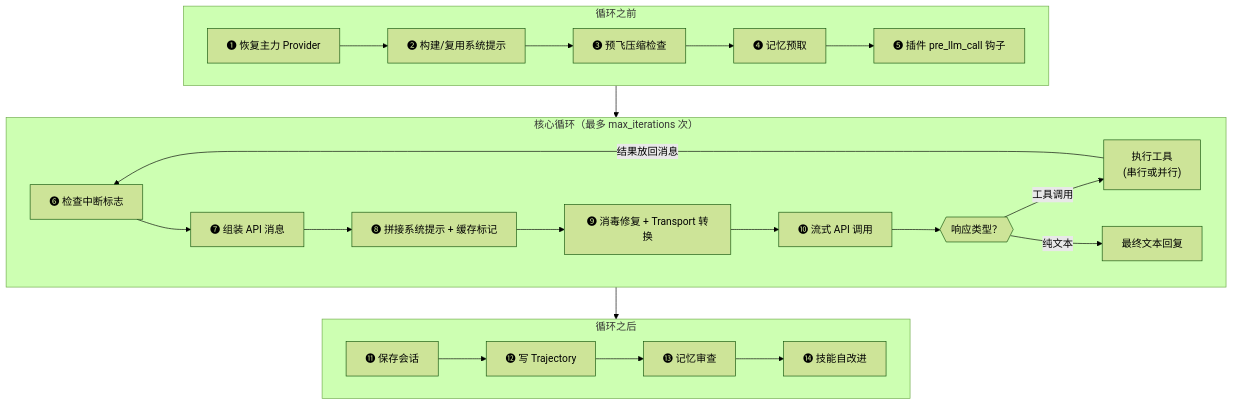
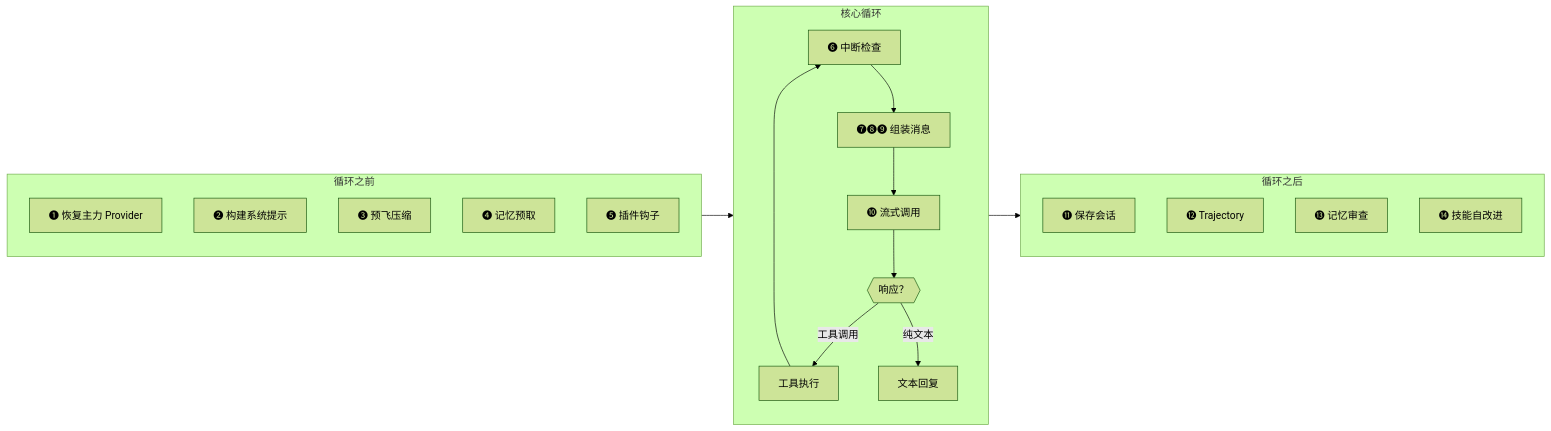
One commit to fang-lin/hermes-agent-code-analysis changed the third of 9 diagrams in docs/zh/02-Agent核心.md. Above: the diagram before and after it, drawn with Mermaid (forest theme). The commit also changed other lines of this file and 1 other file, not shown here.

Commit message:
第 02 章：生命周期图 layout 调整——改为 LR 横向布局，减少拥挤
- flowchart TD → LR，三阶段从左到右横排
- 每个 subgraph 内部 direction TB 纵向排列
- 核心循环内合并 ❼❽❾ 为一个节点减少层级
- 节点文字精简

````diff
--- a/docs/zh/02-Agent核心.md
+++ b/docs/zh/02-Agent核心.md
@@ -152,36 +152,34 @@
 ```mermaid
-flowchart TD
+flowchart LR
     subgraph BEFORE ["循环之前"]
+        direction TB
         B1["❶ 恢复主力 Provider"]
-        B2["❷ 构建/复用系统提示"]
-        B3["❸ 预飞压缩检查"]
+        B2["❷ 构建系统提示"]
+        B3["❸ 预飞压缩"]
         B4["❹ 记忆预取"]
-        B5["❺ 插件 pre_llm_call 钩子"]
-        B1 --> B2 --> B3 --> B4 --> B5
+        B5["❺ 插件钩子"]
     end
 
-    subgraph LOOP ["核心循环（最多 max_iterations 次）"]
-        L1["❻ 检查中断标志"]
-        L2["❼ 组装 API 消息"]
-        L3["❽ 拼接系统提示 + 缓存标记"]
-        L4["❾ 消毒修复 + Transport 转换"]
-        L5["❿ 流式 API 调用"]
-        L6{{"响应类型？"}}
-        L7["执行工具<br/>#40;串行或并行#41;"]
-        L8["最终文本回复"]
-        L1 --> L2 --> L3 --> L4 --> L5 --> L6
-        L6 -->|工具调用| L7
-        L7 -->|结果放回消息| L1
+    subgraph LOOP ["核心循环"]
+        direction TB
+        L1["❻ 中断检查"]
+        L2["❼❽❾ 组装消息"]
+        L5["❿ 流式调用"]
+        L6{{"响应？"}}
+        L7["工具执行"]
+        L8["文本回复"]
+        L1 --> L2 --> L5 --> L6
+        L6 -->|工具调用| L7 --> L1
         L6 -->|纯文本| L8
     end
 
     subgraph AFTER ["循环之后"]
+        direction TB
         A1["⓫ 保存会话"]
-        A2["⓬ 写 Trajectory"]
+        A2["⓬ Trajectory"]
         A3["⓭ 记忆审查"]
         A4["⓮ 技能自改进"]
-        A1 --> A2 --> A3 --> A4
     end
 
     BEFORE --> LOOP --> AFTER
 ```
````
